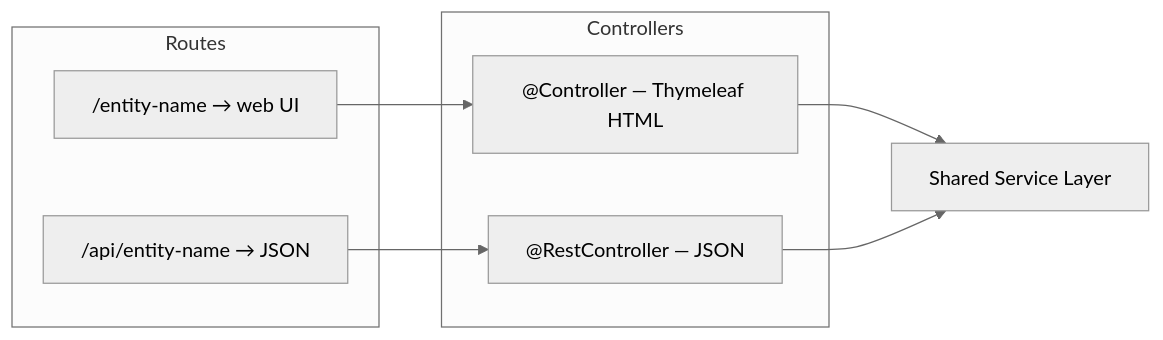
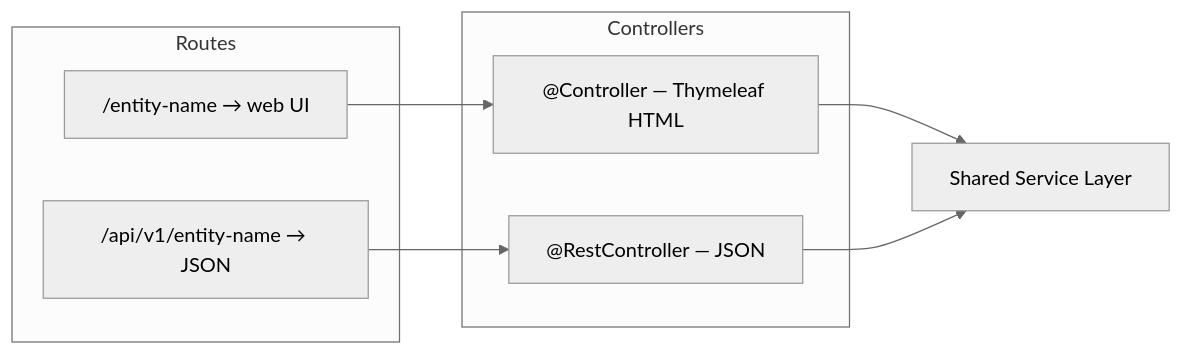
Before and after one commit to experiment001-on-secret-2500blobs129124/cpmss: the second of 3 diagrams in docs/ARCHITECTURE.md, drawn with Mermaid (neutral theme). The commit also changed other lines of this file and 4 other files, not shown here.

````diff
--- a/docs/ARCHITECTURE.md
+++ b/docs/ARCHITECTURE.md
@@ -85,18 +88,18 @@
 ```mermaid
 flowchart LR
     subgraph Controllers
         WC["@Controller — Thymeleaf HTML"]
         RC["@RestController — JSON"]
     end
 
     WC --> S["Shared Service Layer"]
     RC --> S
 
     subgraph Routes
         R1["/entity-name → web UI"]
-        R2["/api/entity-name → JSON"]
+        R2["/api/v1/entity-name → JSON"]
     end
 
     R1 --> WC
     R2 --> RC
 ```
````
